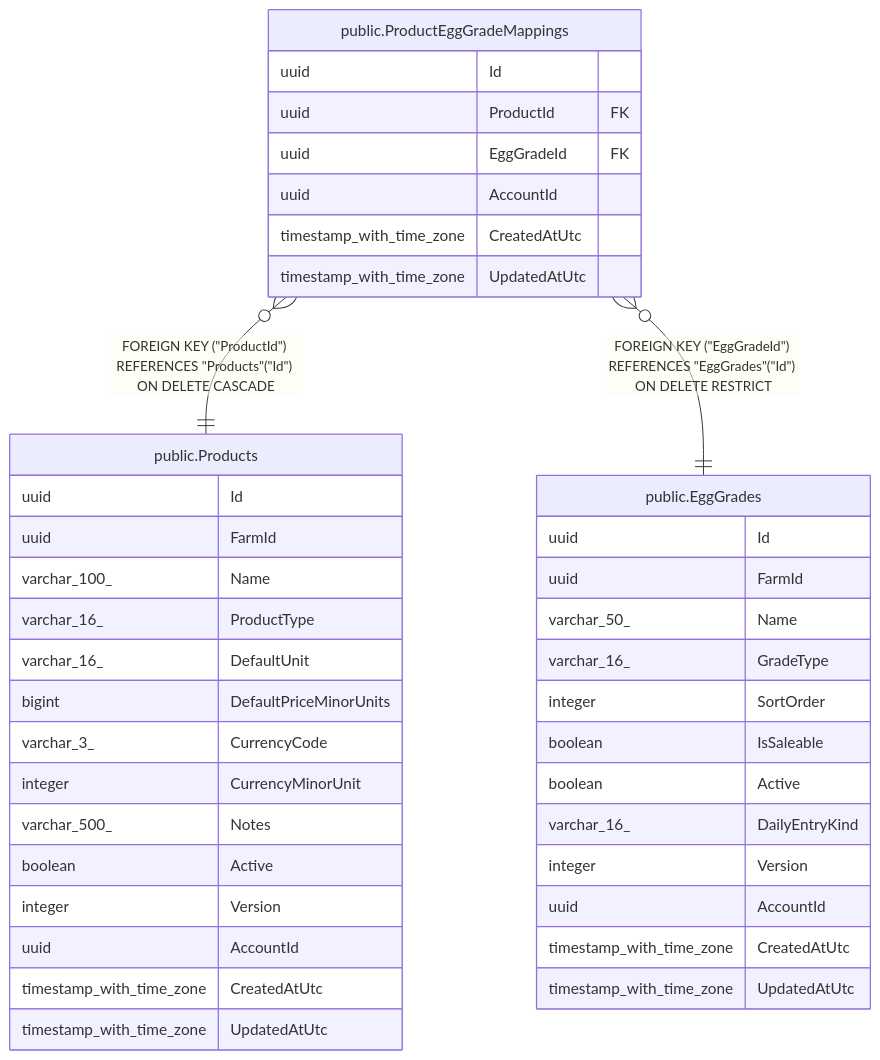
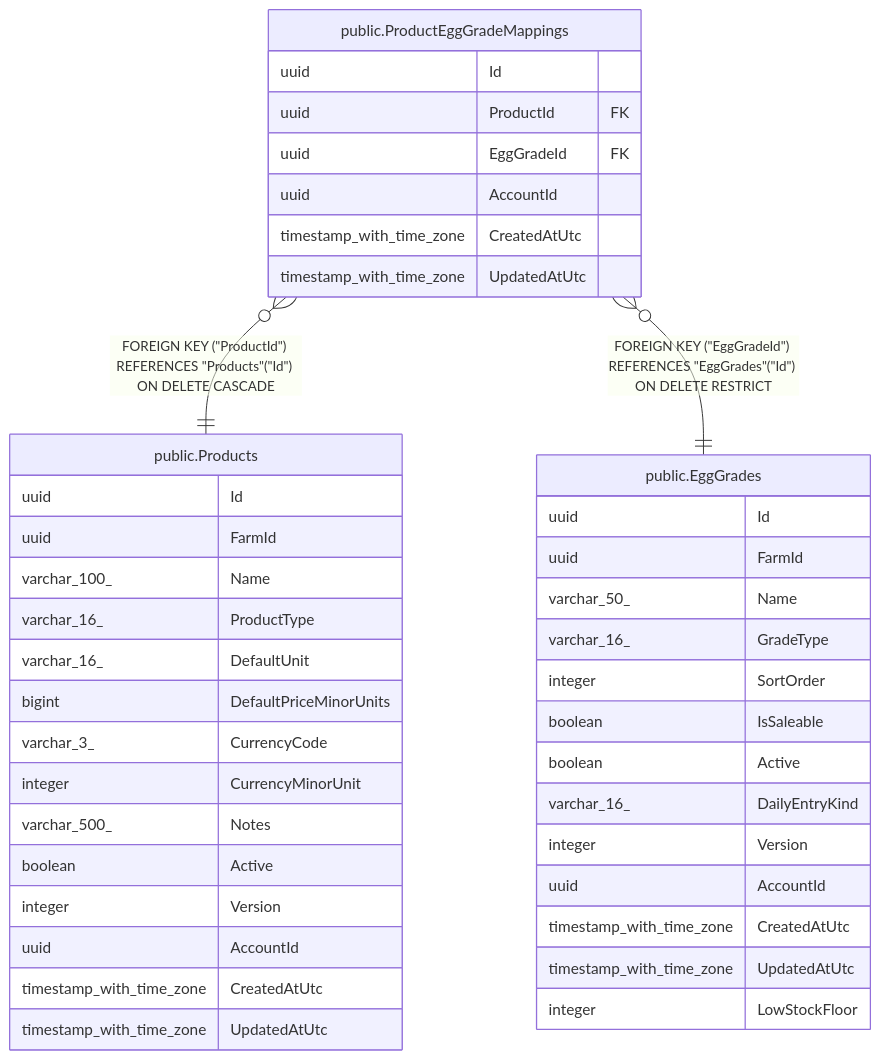
Before and after one commit to mforce/cluckwork: the diagram in docs/schema/public.ProductEggGradeMappings.md, drawn with Mermaid. The commit also changed 50 other files, not shown here.

Commit message:
feat(eggs): warn per grade when available stock falls below its floor (#950)

````diff
--- a/docs/schema/public.ProductEggGradeMappings.md
+++ b/docs/schema/public.ProductEggGradeMappings.md
@@ -50,45 +50,46 @@
 ```mermaid
 erDiagram
 
 "public.ProductEggGradeMappings" }o--|| "public.Products" : "FOREIGN KEY (#quot;ProductId#quot;) REFERENCES #quot;Products#quot;(#quot;Id#quot;) ON DELETE CASCADE"
 "public.ProductEggGradeMappings" }o--|| "public.EggGrades" : "FOREIGN KEY (#quot;EggGradeId#quot;) REFERENCES #quot;EggGrades#quot;(#quot;Id#quot;) ON DELETE RESTRICT"
 
 "public.ProductEggGradeMappings" {
   uuid Id
   uuid ProductId FK
   uuid EggGradeId FK
   uuid AccountId
   timestamp_with_time_zone CreatedAtUtc
   timestamp_with_time_zone UpdatedAtUtc
 }
 "public.Products" {
   uuid Id
   uuid FarmId
   varchar_100_ Name
   varchar_16_ ProductType
   varchar_16_ DefaultUnit
   bigint DefaultPriceMinorUnits
   varchar_3_ CurrencyCode
   integer CurrencyMinorUnit
   varchar_500_ Notes
   boolean Active
   integer Version
   uuid AccountId
   timestamp_with_time_zone CreatedAtUtc
   timestamp_with_time_zone UpdatedAtUtc
 }
 "public.EggGrades" {
   uuid Id
   uuid FarmId
   varchar_50_ Name
   varchar_16_ GradeType
   integer SortOrder
   boolean IsSaleable
   boolean Active
   varchar_16_ DailyEntryKind
   integer Version
   uuid AccountId
   timestamp_with_time_zone CreatedAtUtc
   timestamp_with_time_zone UpdatedAtUtc
+  integer LowStockFloor
 }
 ```
````
